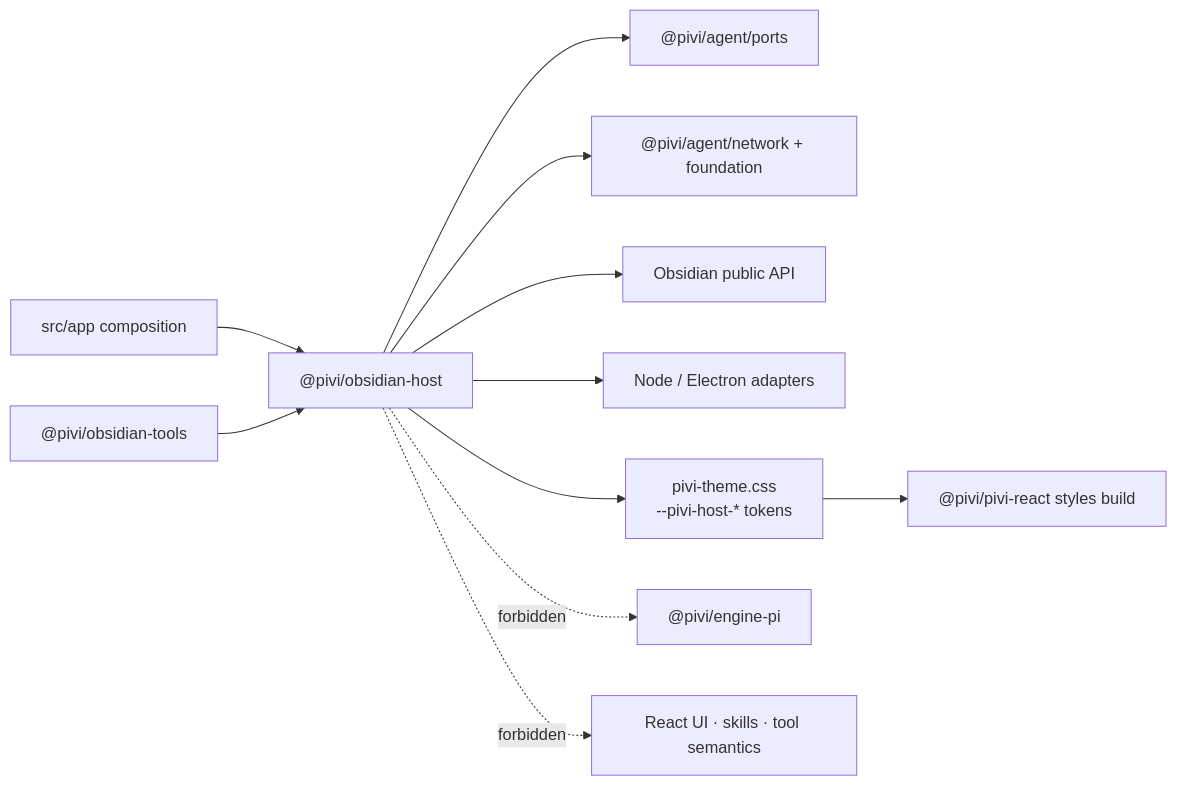
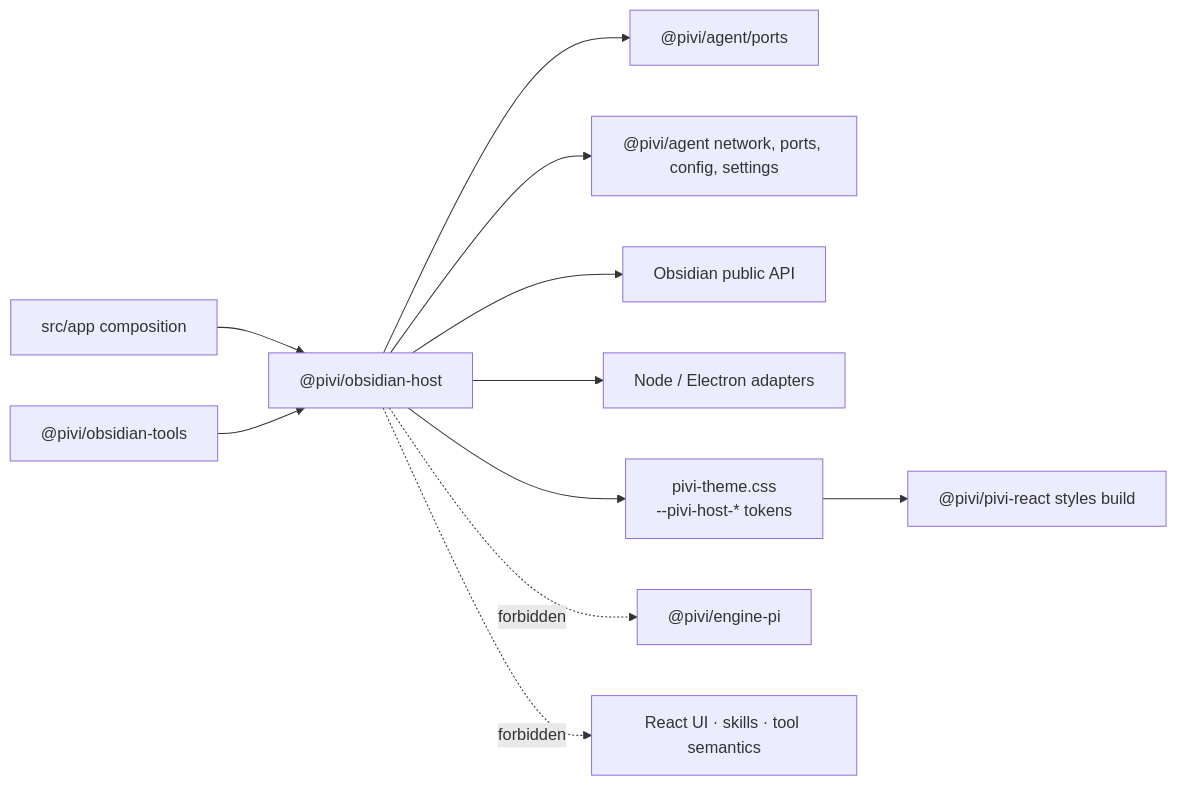
The diagram in packages/obsidian-host/AGENTS.md (shuuul/obsidian-pivi), drawn with Mermaid before and after one commit. The commit also changed other lines of this file and 328 other files, not shown here.

````diff
--- a/packages/obsidian-host/AGENTS.md
+++ b/packages/obsidian-host/AGENTS.md
@@ -11,13 +11,13 @@
 ```mermaid
 flowchart LR
   App["src/app composition"] --> Host["@pivi/obsidian-host"]
   Tools["@pivi/obsidian-tools"] --> Host
   Host --> Ports["@pivi/agent/ports"]
-  Host --> Policy["@pivi/agent/network + foundation"]
+  Host --> Policy["@pivi/agent network, ports, config, settings"]
   Host --> Obsidian["Obsidian public API"]
   Host --> Platform["Node / Electron adapters"]
   Host --> Theme["pivi-theme.css<br/>--pivi-host-* tokens"]
   Theme --> ReactStyles["@pivi/pivi-react styles build"]
   Host -. "forbidden" .-> Engine["@pivi/engine-pi"]
   Host -. "forbidden" .-> Product["React UI · skills · tool semantics"]
 ```
````
